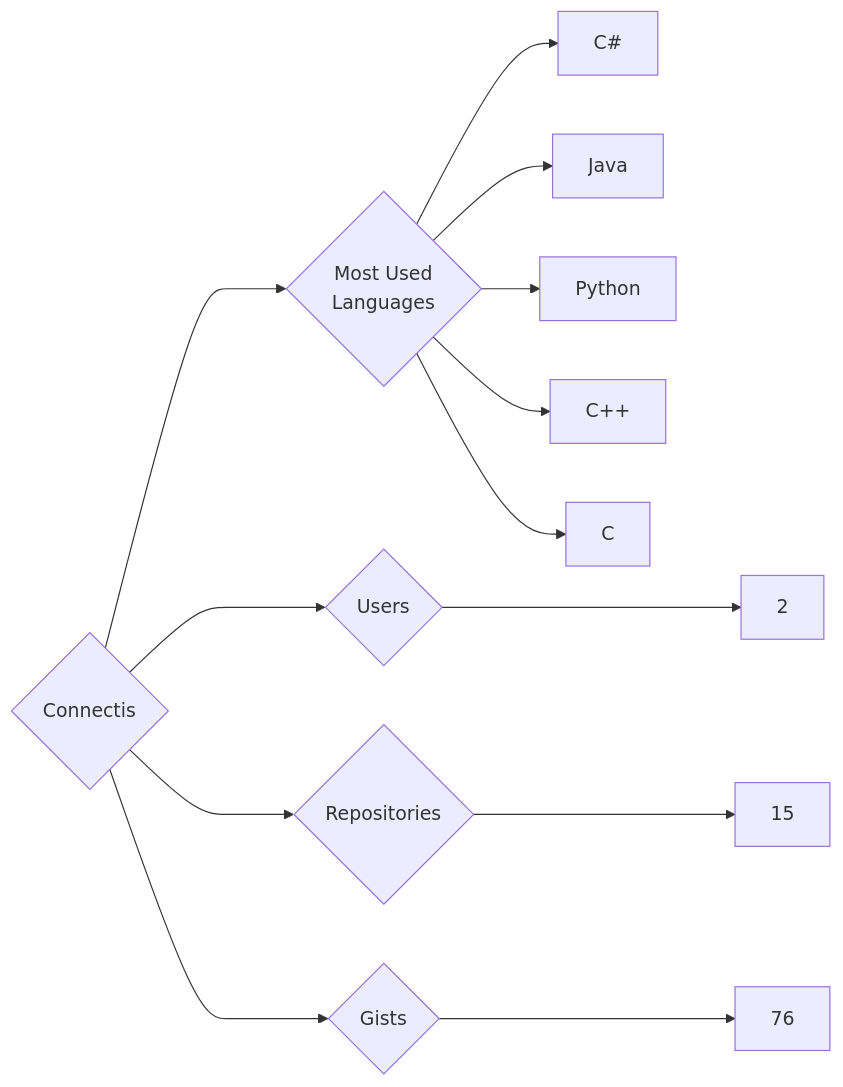
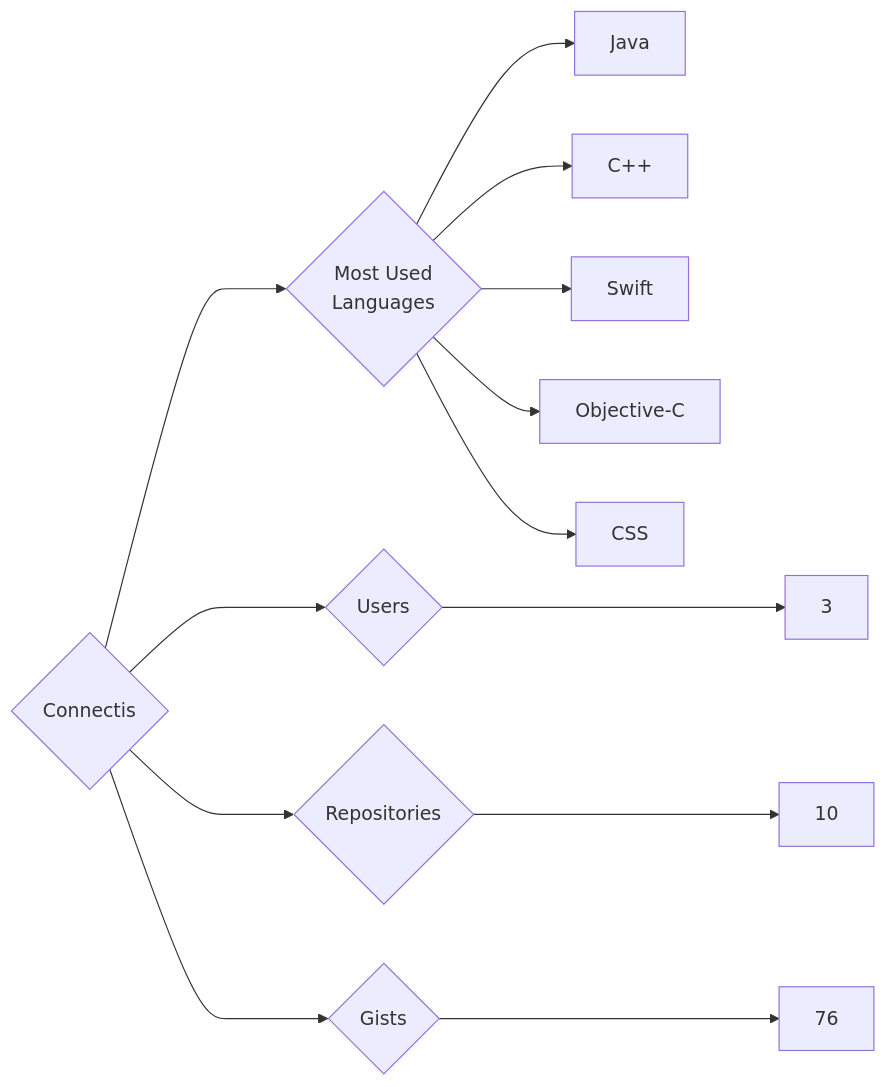
One commit to trickest/insiders changed the diagram in targets/Connectis/README.md. Above: the diagram before and after it, drawn with Mermaid. The commit also changed 724 other files, not shown here.

````diff
--- a/targets/Connectis/README.md
+++ b/targets/Connectis/README.md
@@ -3,13 +3,13 @@
 ```mermaid
 graph LR
 COMPANY_NAME{Connectis}
-COMPANY_NAME ---> U{Users} ---> UN[2]
-COMPANY_NAME ---> R{Repositories} ---> RN[15]
+COMPANY_NAME ---> U{Users} ---> UN[3]
+COMPANY_NAME ---> R{Repositories} ---> RN[10]
 COMPANY_NAME ---> G{Gists} ---> GN[76]
 COMPANY_NAME ---> ML{Most Used<br>Languages}
-ML --> C#[C#]
 ML --> Java[Java]
-ML --> Python[Python]
 ML --> C++[C++]
-ML --> C[C]
+ML --> Swift[Swift]
+ML --> Objective-C[Objective-C]
+ML --> CSS[CSS]
 ```
````
